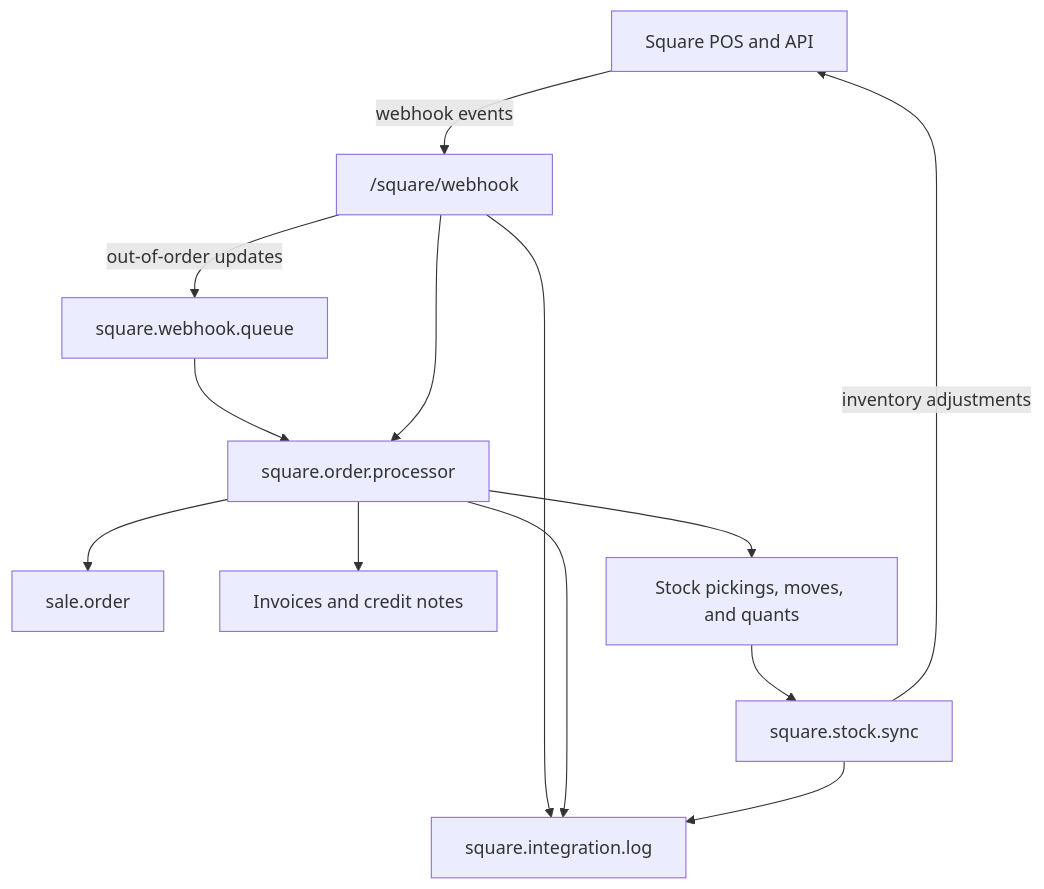
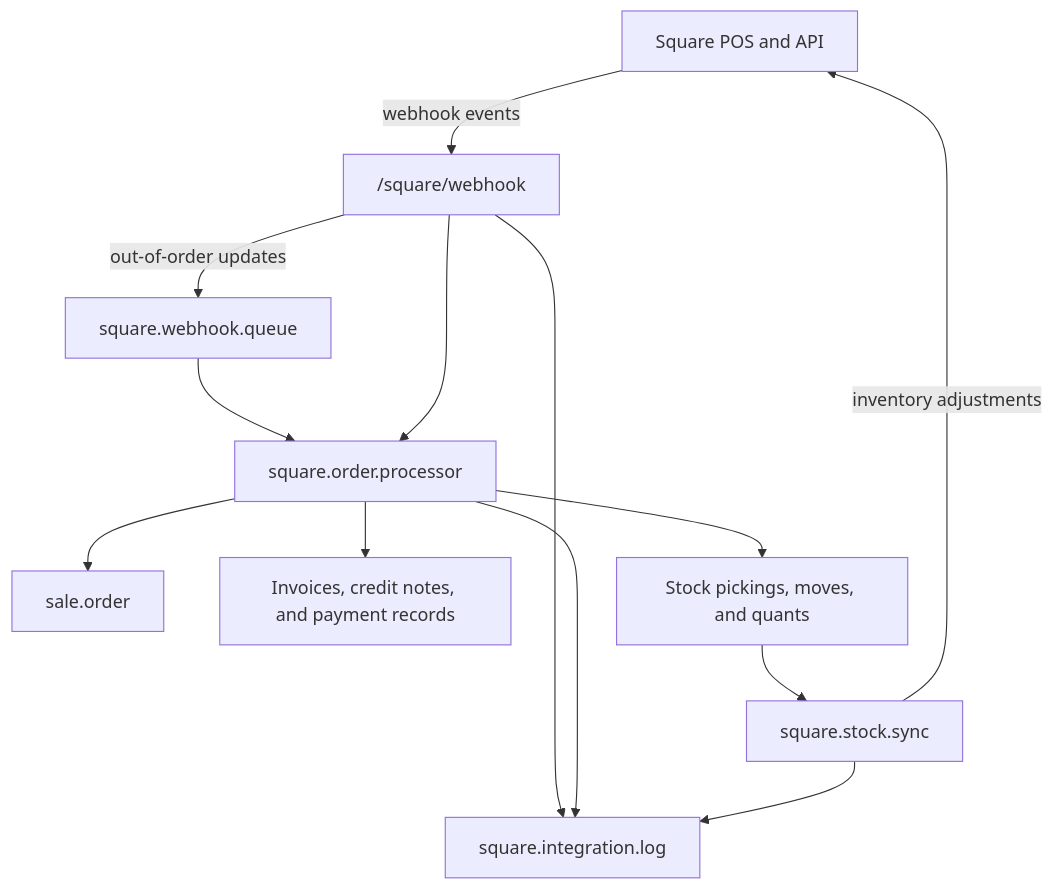
One commit to davaico/odoo-square changed the diagram in README.md. Above: the diagram before and after it, drawn with Mermaid. The commit also changed other lines of this file and 1 other file, not shown here.

````diff
--- a/README.md
+++ b/README.md
@@ -152,25 +152,25 @@
 ```mermaid
 flowchart TB
     Square["Square POS and API"]
     Webhook["/square/webhook"]
     Queue["square.webhook.queue"]
     Processor["square.order.processor"]
     Sale["sale.order"]
-    Accounting["Invoices and credit notes"]
+    Accounting["Invoices, credit notes, and payment records"]
     Stock["Stock pickings, moves, and quants"]
     Sync["square.stock.sync"]
     Log["square.integration.log"]
 
     Square -->|"webhook events"| Webhook
     Webhook -->|"out-of-order updates"| Queue
     Queue --> Processor
     Webhook --> Processor
     Processor --> Sale
     Processor --> Accounting
     Processor --> Stock
     Stock --> Sync
     Sync -->|"inventory adjustments"| Square
     Webhook --> Log
     Processor --> Log
     Sync --> Log
 ```
````
